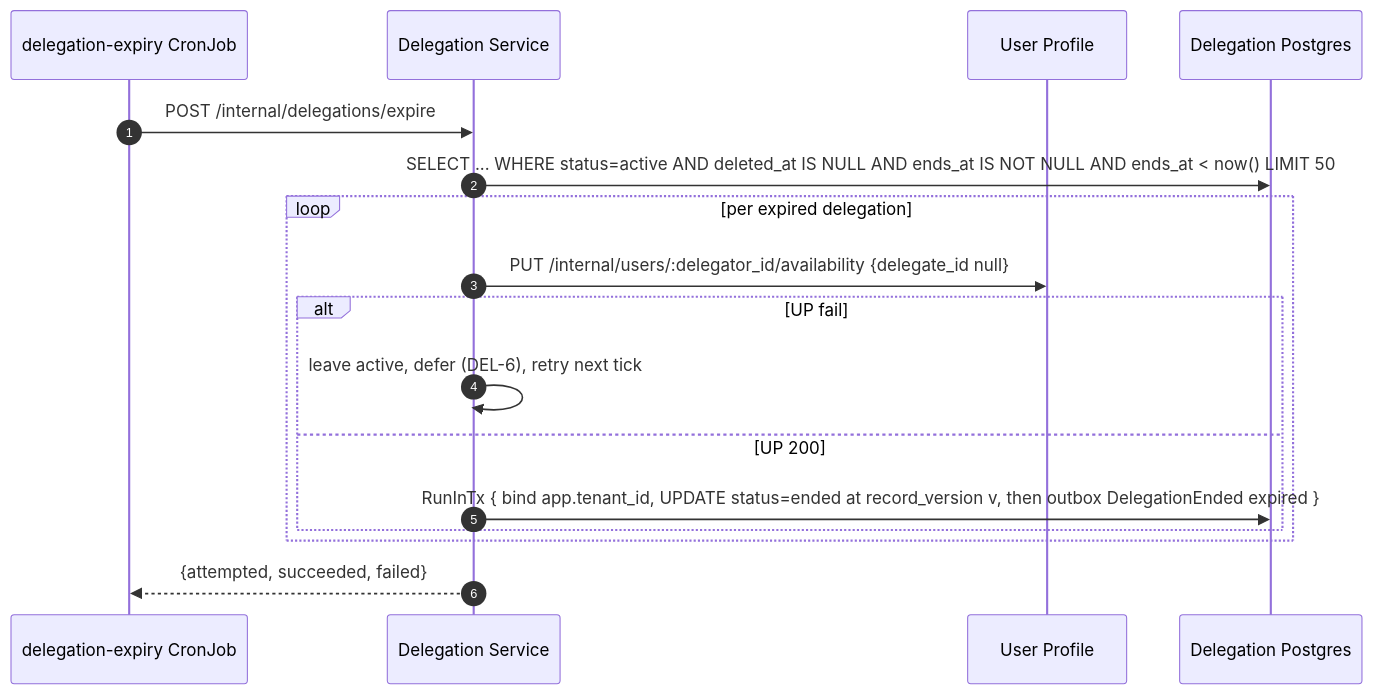
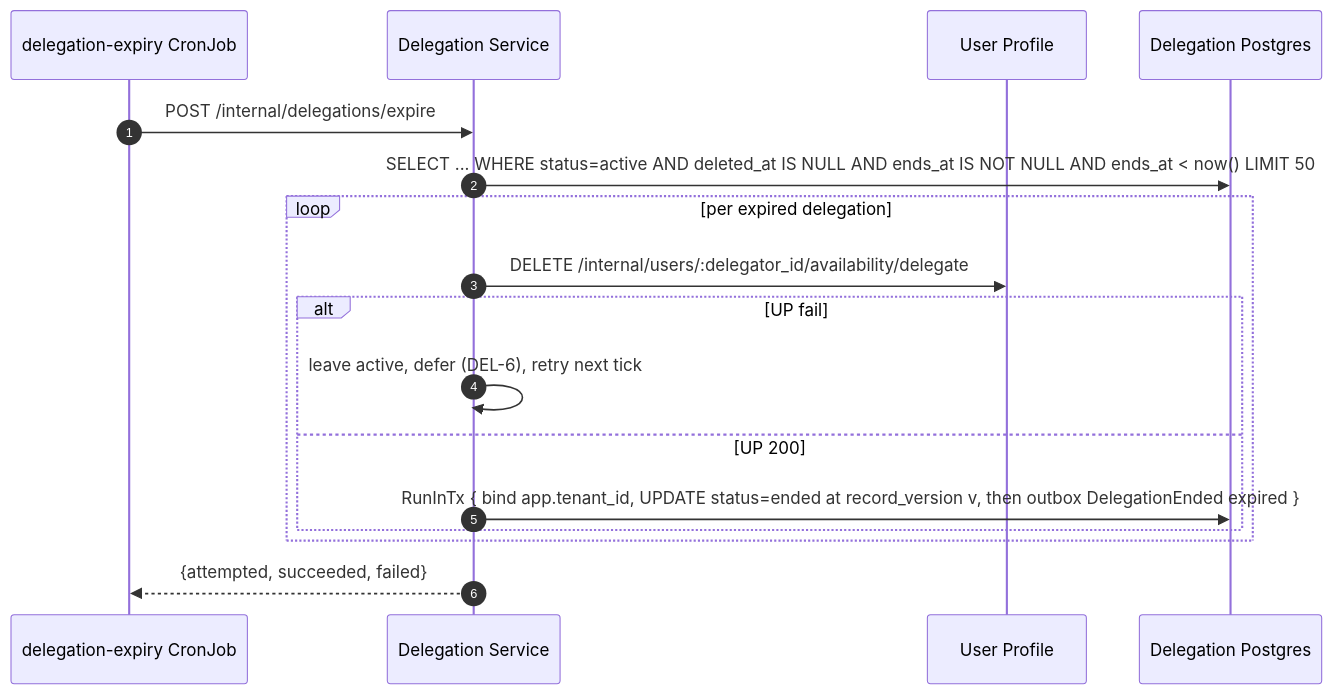
Before and after one commit to BCBP-SOLUTIONS-FZC-LLC/iam-delegation: the sixth of 10 diagrams in docs/lld/iam-lld-delegation-service.md, drawn with Mermaid. The commit also changed other lines of this file and 48 other files, not shown here.

````diff
--- a/docs/lld/iam-lld-delegation-service.md
+++ b/docs/lld/iam-lld-delegation-service.md
@@ -964,20 +971,20 @@
 ```mermaid
 sequenceDiagram
     autonumber
     participant CR as delegation-expiry CronJob
     participant DLG as Delegation Service
     participant UP as User Profile
     participant PG as Delegation Postgres
 
     CR->>DLG: POST /internal/delegations/expire
     DLG->>PG: SELECT ... WHERE status=active AND deleted_at IS NULL AND ends_at IS NOT NULL AND ends_at < now() LIMIT 50
     loop per expired delegation
-        DLG->>UP: PUT /internal/users/:delegator_id/availability {delegate_id null}
+        DLG->>UP: DELETE /internal/users/:delegator_id/availability/delegate
         alt UP fail
             DLG->>DLG: leave active, defer (DEL-6), retry next tick
         else UP 200
             DLG->>PG: RunInTx { bind app.tenant_id, UPDATE status=ended at record_version v, then outbox DelegationEnded expired }
         end
     end
     DLG-->>CR: {attempted, succeeded, failed}
 ```
````
